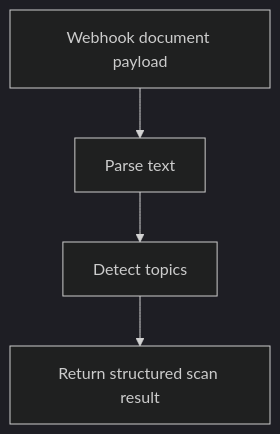
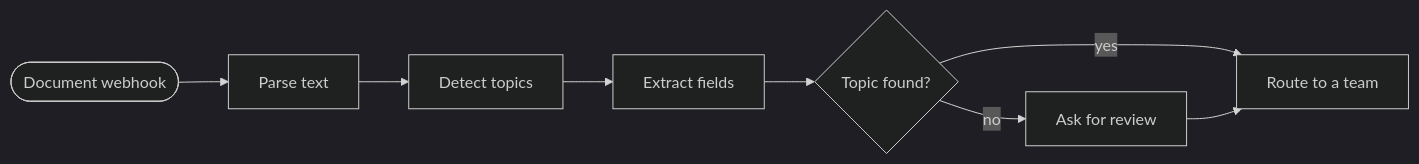
The diagram in infra/examples/document-scanner/flow.mermaid (swizzletech/swizzle), drawn with Mermaid (dark theme) before and after one commit. The commit also changed 120 other files, not shown here.

```diff
--- a/infra/examples/document-scanner/flow.mermaid
+++ b/infra/examples/document-scanner/flow.mermaid
@@ -1,4 +1,8 @@
-flowchart TD
-  A[Webhook document payload] --> B[Parse text]
-  B --> C[Detect topics]
-  C --> D[Return structured scan result]
+flowchart LR
+  trigger([Document webhook]) --> parse[Parse text]
+  parse --> classify[Detect topics]
+  classify --> extract[Extract fields]
+  extract --> known{Topic found?}
+  known -->|yes| route[Route to a team]
+  known -->|no| review[Ask for review]
+  review --> route
```
